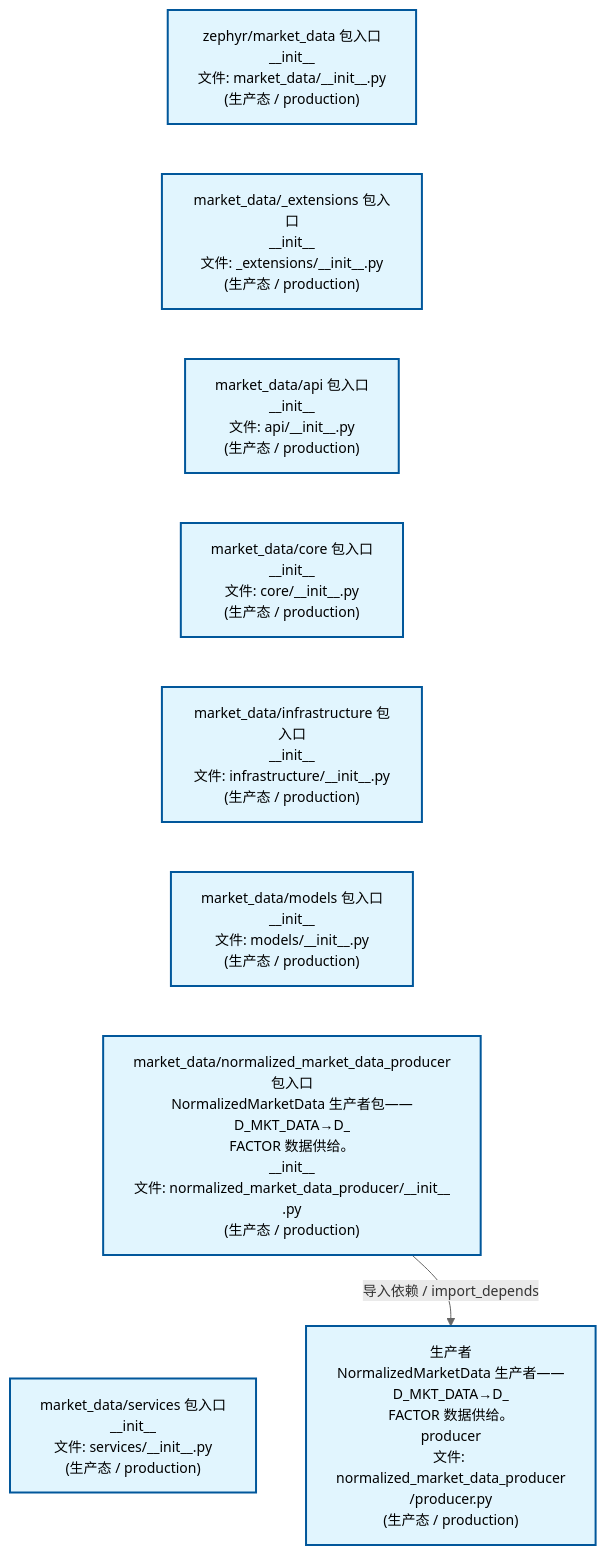
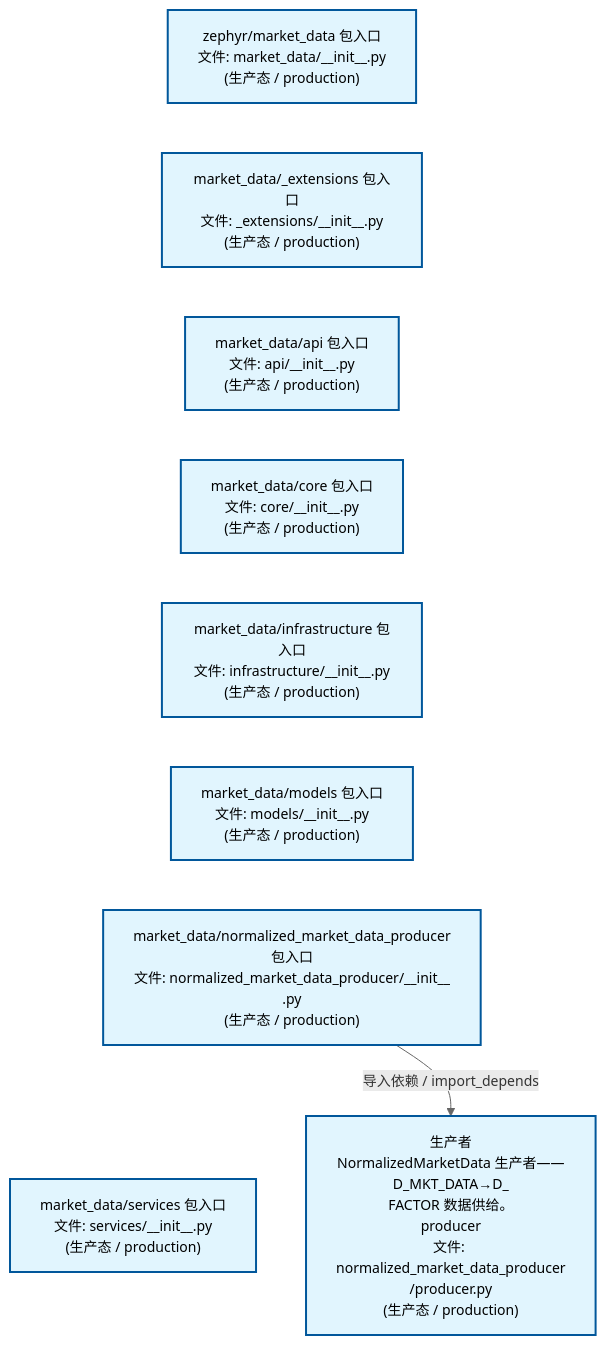
One commit to xuanFelixVan/ZephyrAlpha changed the second of 4 diagrams in docs/02_enterprise_architecture/02_domain_architecture_docs/23_d_mkt_data.md. Above: the diagram before and after it, drawn with Mermaid. The commit also changed other lines of this file and 58 other files, not shown here.

````diff
--- a/docs/02_enterprise_architecture/02_domain_architecture_docs/23_d_mkt_data.md
+++ b/docs/02_enterprise_architecture/02_domain_architecture_docs/23_d_mkt_data.md
@@ -112,26 +112,26 @@
 ```mermaid
 %%{init: {'theme': 'base', 'themeVariables': {'primaryColor': '#eaeaea', 'primaryTextColor': '#333333', 'primaryBorderColor': '#666666', 'lineColor': '#666666', 'secondaryColor': '#eaeaea', 'tertiaryColor': '#eaeaea', 'fontSize': '14px'}}}%%
 flowchart TD
-    src_zephyr_market_data_init_py["zephyr/market_data 包入口<br/>__init__<br/>文件: market_data/__init__.py<br/>(生产态 / production)"]
-    src_zephyr_market_data_extensions_init_py["market_data/_extensions 包入口<br/>__init__<br/>文件: _extensions/__init__.py<br/>(生产态 / production)"]
-    src_zephyr_market_data_api_init_py["market_data/api 包入口<br/>__init__<br/>文件: api/__init__.py<br/>(生产态 / production)"]
-    src_zephyr_market_data_core_init_py["market_data/core 包入口<br/>__init__<br/>文件: core/__init__.py<br/>(生产态 / production)"]
-    src_zephyr_market_data_infrastructure_init_py["market_data/infrastructure 包入口<br/>__init__<br/>文件: infrastructure/__init__.py<br/>(生产态 / production)"]
-    src_zephyr_market_data_models_init_py["market_data/models 包入口<br/>__init__<br/>文件: models/__init__.py<br/>(生产态 / production)"]
-    src_zephyr_market_data_normalized_market_data_producer_init_py["market_data/normalized_market_data_producer<br/>包入口<br/>NormalizedMarketData 生产者包——D_MKT_DATA→D_<br/>FACTOR 数据供给。<br/>__init__<br/>文件: normalized_market_data_producer/__init__<br/>.py<br/>(生产态 / production)"]
-    src_zephyr_market_data_services_init_py["market_data/services 包入口<br/>__init__<br/>文件: services/__init__.py<br/>(生产态 / production)"]
+    src_zephyr_market_data_init_py["zephyr/market_data 包入口<br/>文件: market_data/__init__.py<br/>(生产态 / production)"]
+    src_zephyr_market_data_extensions_init_py["market_data/_extensions 包入口<br/>文件: _extensions/__init__.py<br/>(生产态 / production)"]
+    src_zephyr_market_data_api_init_py["market_data/api 包入口<br/>文件: api/__init__.py<br/>(生产态 / production)"]
+    src_zephyr_market_data_core_init_py["market_data/core 包入口<br/>文件: core/__init__.py<br/>(生产态 / production)"]
+    src_zephyr_market_data_infrastructure_init_py["market_data/infrastructure 包入口<br/>文件: infrastructure/__init__.py<br/>(生产态 / production)"]
+    src_zephyr_market_data_models_init_py["market_data/models 包入口<br/>文件: models/__init__.py<br/>(生产态 / production)"]
+    src_zephyr_market_data_normalized_market_data_producer_init_py["market_data/normalized_market_data_producer<br/>包入口<br/>文件: normalized_market_data_producer/__init__<br/>.py<br/>(生产态 / production)"]
+    src_zephyr_market_data_services_init_py["market_data/services 包入口<br/>文件: services/__init__.py<br/>(生产态 / production)"]
     src_zephyr_market_data_init_py ~~~ src_zephyr_market_data_extensions_init_py
     src_zephyr_market_data_extensions_init_py ~~~ src_zephyr_market_data_api_init_py
     src_zephyr_market_data_api_init_py ~~~ src_zephyr_market_data_core_init_py
     src_zephyr_market_data_core_init_py ~~~ src_zephyr_market_data_infrastructure_init_py
     src_zephyr_market_data_infrastructure_init_py ~~~ src_zephyr_market_data_models_init_py
     src_zephyr_market_data_models_init_py ~~~ src_zephyr_market_data_normalized_market_data_producer_init_py
     src_zephyr_market_data_normalized_market_data_producer_init_py ~~~ src_zephyr_market_data_services_init_py
     src_zephyr_market_data_normalized_market_data_producer_producer_py["生产者<br/>NormalizedMarketData 生产者——D_MKT_DATA→D_<br/>FACTOR 数据供给。<br/>producer<br/>文件: normalized_market_data_producer<br/>/producer.py<br/>(生产态 / production)"]
     src_zephyr_market_data_normalized_market_data_producer_init_py -->|导入依赖 / import_depends| src_zephyr_market_data_normalized_market_data_producer_producer_py
     classDef production fill:#e1f5fe,stroke:#01579b,stroke-width:2px,color:#000
     classDef design fill:#fff3e0,stroke:#e65100,stroke-width:2px,color:#000,stroke-dasharray: 5 5
     classDef external_prod fill:#e8f4fd,stroke:#0277bd,stroke-width:1px,color:#000
     classDef external_design fill:#fff8e7,stroke:#ef6c00,stroke-width:1px,color:#000,stroke-dasharray: 5 5
     class src_zephyr_market_data_init_py,src_zephyr_market_data_extensions_init_py,src_zephyr_market_data_api_init_py,src_zephyr_market_data_core_init_py,src_zephyr_market_data_infrastructure_init_py,src_zephyr_market_data_models_init_py,src_zephyr_market_data_normalized_market_data_producer_init_py,src_zephyr_market_data_normalized_market_data_producer_producer_py,src_zephyr_market_data_services_init_py production
 ```
````
